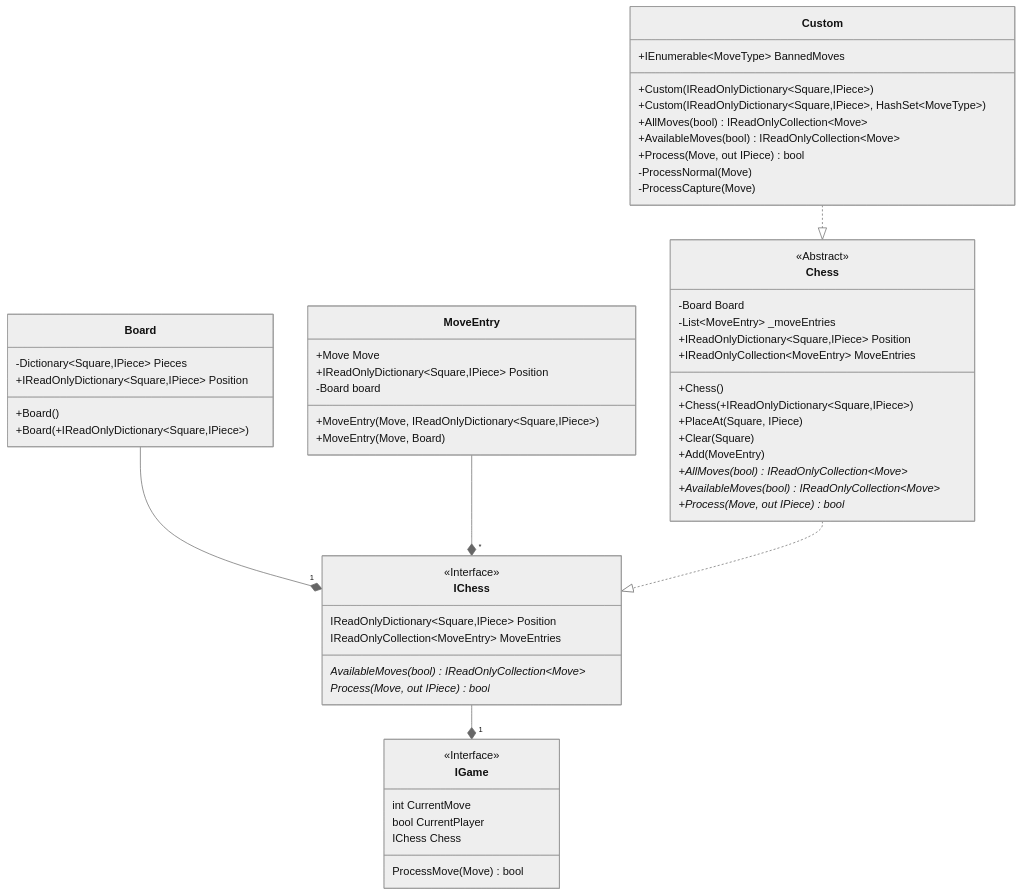
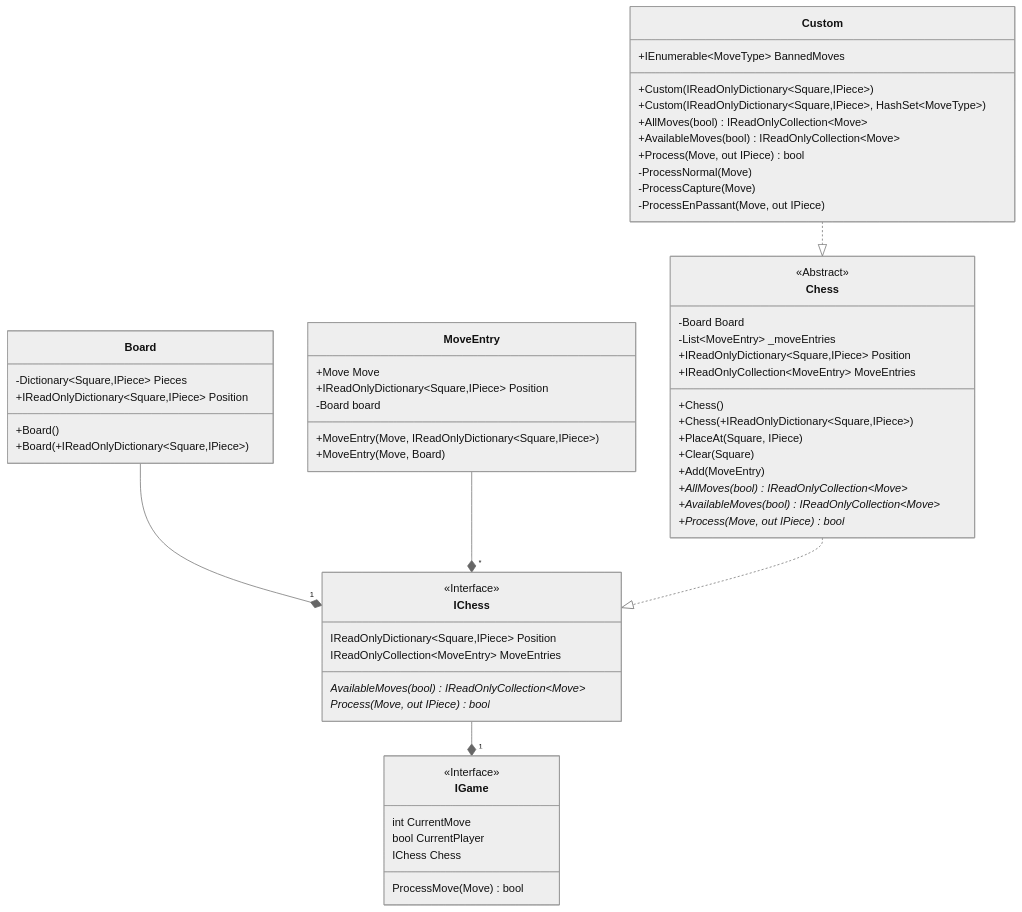
Before and after one commit to JeanLColombo/Mate: the diagram in UML Diagram/Core/Game.md, drawn with Mermaid (neutral theme). The commit also changed 5 other files, not shown here.

````diff
--- a/UML Diagram/Core/Game.md
+++ b/UML Diagram/Core/Game.md
@@ -1,60 +1,61 @@
 ```mermaid
     classDiagram
     class IChess{
         <<Interface>>
         IReadOnlyDictionary~Square,IPiece~ Position
         IReadOnlyCollection~MoveEntry~ MoveEntries
         AvailableMoves(bool)* IReadOnlyCollection~Move~
         Process(Move, out IPiece)* bool
     }
     class IGame{
         <<Interface>>
         int CurrentMove
         bool CurrentPlayer
         IChess Chess
         ProcessMove(Move) bool
     }
     class Chess{
         <<Abstract>>
         -Board Board
         -List~MoveEntry~ _moveEntries
         +IReadOnlyDictionary~Square,IPiece~ Position
         +IReadOnlyCollection~MoveEntry~ MoveEntries
         +Chess()
         +Chess(+IReadOnlyDictionary~Square,IPiece~)
         +PlaceAt(Square, IPiece) 
         +Clear(Square)
         +Add(MoveEntry) 
         +AllMoves(bool)* IReadOnlyCollection~Move~
         +AvailableMoves(bool)* IReadOnlyCollection~Move~
         +Process(Move, out IPiece)* bool
     }
     class Board{
         -Dictionary~Square,IPiece~ Pieces
         +IReadOnlyDictionary~Square,IPiece~ Position 
         +Board()
         +Board(+IReadOnlyDictionary~Square,IPiece~)
     }
     class MoveEntry{
         +Move Move
         +IReadOnlyDictionary~Square,IPiece~ Position
         -Board board
         +MoveEntry(Move, IReadOnlyDictionary~Square,IPiece~)
         +MoveEntry(Move, Board)
     }
     class Custom{
         +IEnumerable~MoveType~ BannedMoves
         +Custom(IReadOnlyDictionary~Square,IPiece~)
         +Custom(IReadOnlyDictionary~Square,IPiece~, HashSet~MoveType~)
         +AllMoves(bool) IReadOnlyCollection~Move~
         +AvailableMoves(bool) IReadOnlyCollection~Move~
         +Process(Move, out IPiece) bool
         -ProcessNormal(Move)
         -ProcessCapture(Move)
+        -ProcessEnPassant(Move, out IPiece)
     }
     Board --* "1" IChess
     MoveEntry --* "*" IChess
     Chess ..|> IChess
     IChess --* "1" IGame
     Custom ..|> Chess
 ```
````
